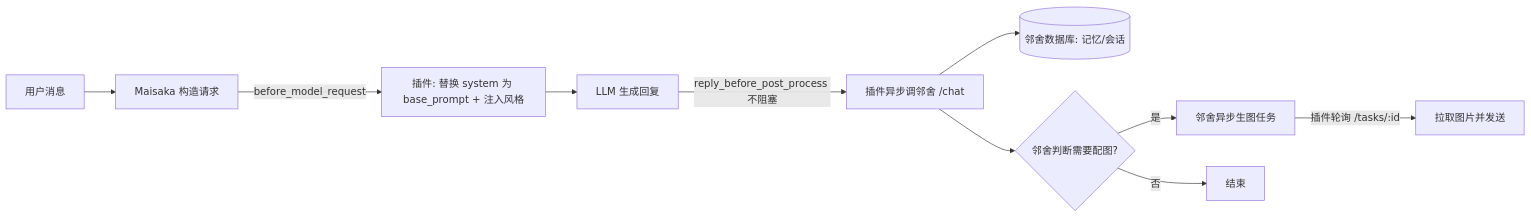
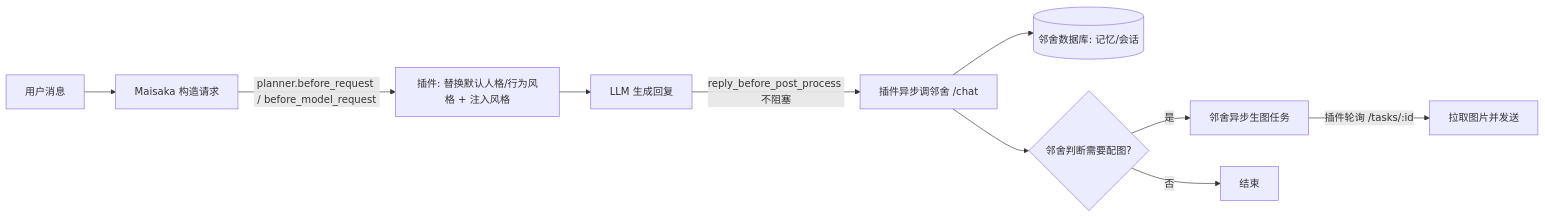
Before and after one commit to icecranberry/linshe-maibot-adapter: the diagram in ARCHITECTURE.md, drawn with Mermaid. The commit also changed other lines of this file and 4 other files, not shown here.

````diff
--- a/ARCHITECTURE.md
+++ b/ARCHITECTURE.md
@@ -33,12 +33,12 @@
 ```mermaid
 flowchart LR
     U[用户消息] --> M[Maisaka 构造请求]
-    M -->|before_model_request| P[插件: 替换 system 为 base_prompt + 注入风格]
+    M -->|planner.before_request / before_model_request| P[插件: 替换默认人格/行为风格 + 注入风格]
     P --> L[LLM 生成回复]
     L -->|reply_before_post_process 不阻塞| B[插件异步调邻舍 /chat]
     B --> D[(邻舍数据库: 记忆/会话)]
     B --> J{邻舍判断需要配图?}
     J -- 是 --> T[邻舍异步生图任务]
     T -->|插件轮询 /tasks/:id| I[拉取图片并发送]
     J -- 否 --> E[结束]
 ```
````
